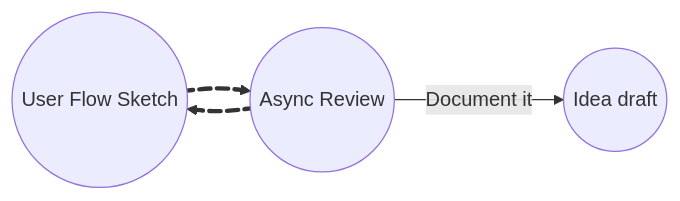
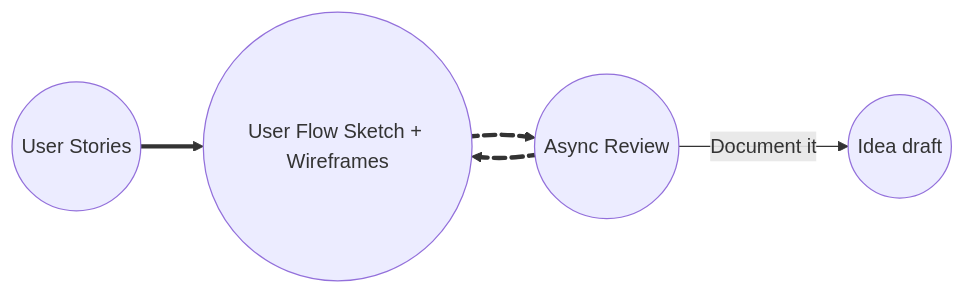
One commit to 0xShishigami/fastlane-ux changed the third of 9 diagrams in slides/slide.md. Above: the diagram before and after it, drawn with Mermaid. The commit also changed other lines of this file, not shown here.

Commit message:
include user stories

````diff
--- a/slides/slide.md
+++ b/slides/slide.md
@@ -90,7 +90,8 @@
 ```mermaid
 graph LR
-    A((User Flow Sketch)) e1@==> B((Async Review)) e2@==> A
+    A((User Stories)) ==> B((User Flow Sketch + Wireframes))
+    B e1@==> C((Async Review)) e2@==> B
     e1@{ animation: fast }
     e2@{ animation: fast }
-    B -- Document it --> C((Idea draft))
+    C -- Document it --> D((Idea draft))
 ```
````
